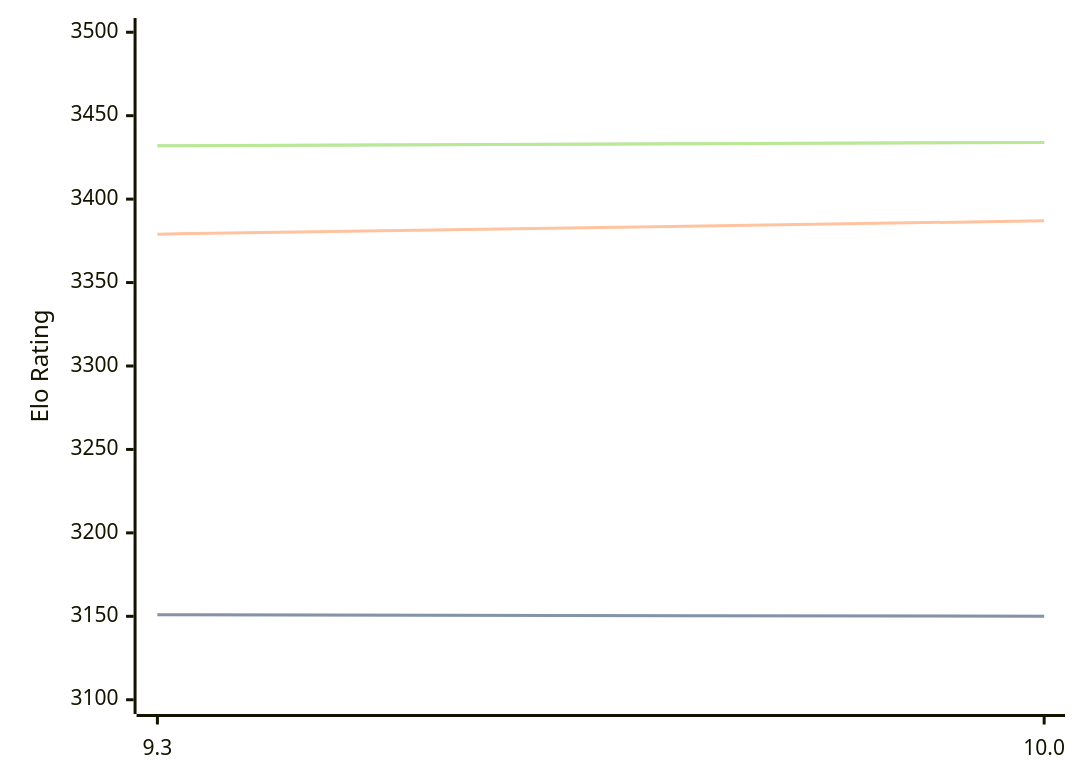
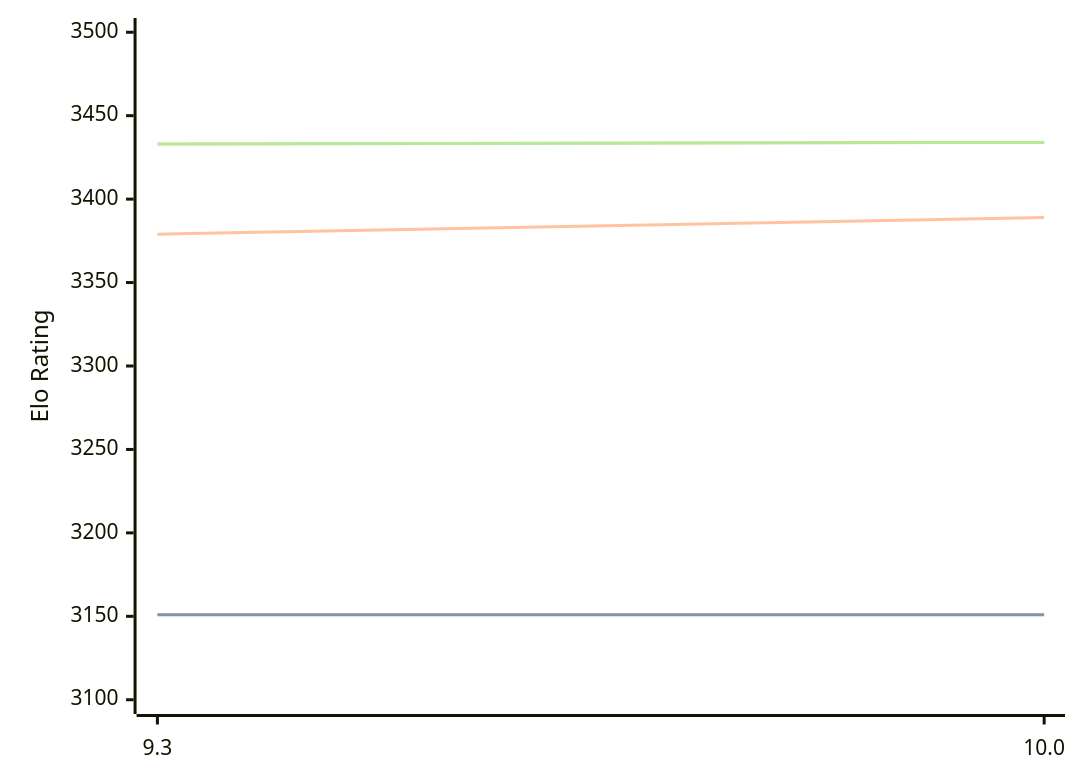
One commit to computer-chess-index/cci changed the diagram in engines/Fire.md. Above: the diagram before and after it, drawn with Mermaid. The commit also changed other lines of this file, not shown here.

Commit message:
Update CCI Ratings (ELO VLTC) - 2026-09-16

````diff
--- a/engines/Fire.md
+++ b/engines/Fire.md
@@ -32,11 +32,11 @@
 ```mermaid
 %%{init: {"theme":"base","themeVariables":{"seriesColors:['#a3a3a3','#222221','#faa371']}}}%%
 xychart-beta
   x-axis ["9.3", "10.0"]
   y-axis "Elo Rating" 3100 --> 3500
-  line "" [3151, 3150]
-  line "STC (8.0+0.08s)" [3151, 3150]
-  line "LTC (60.0+0.60s)" [3379, 3387]
-  line "" [3432, 3434]
-  line "VLTC (2m24s+1.12s)" [3432, 3434]
+  line "" [3151, 3151]
+  line "STC (8.0+0.08s)" [3151, 3151]
+  line "LTC (60.0+0.60s)" [3379, 3389]
+  line "" [3433, 3434]
+  line "VLTC (2m24s+1.12s)" [3433, 3434]
 ```
````
